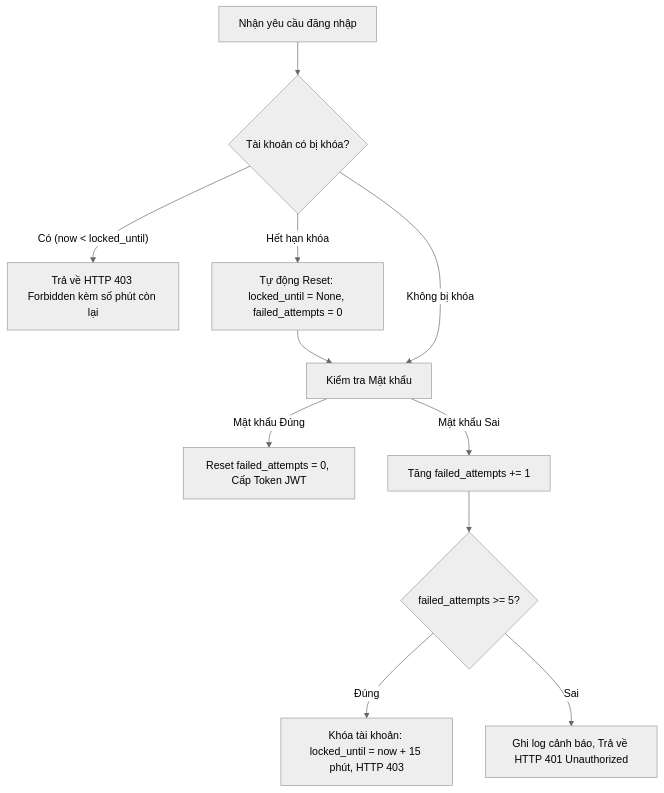
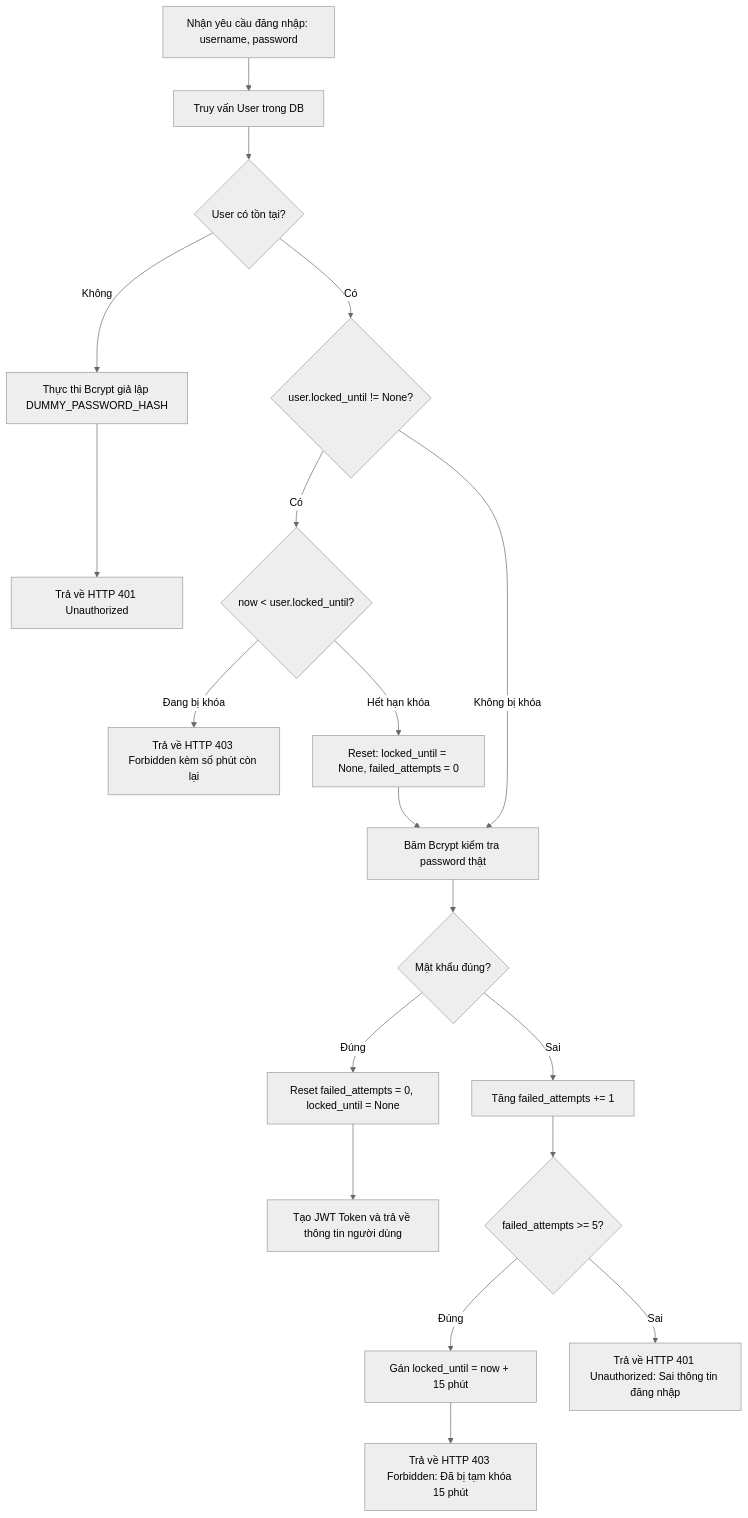
Before and after one commit to Johnyyd/ATMMT: the diagram in chapter_content/Chuong2_ChinhSachMatKhauVaPhongThu.md, drawn with Mermaid (neutral theme). The commit also changed other lines of this file and 6 other files, not shown here.

````diff
--- a/chapter_content/Chuong2_ChinhSachMatKhauVaPhongThu.md
+++ b/chapter_content/Chuong2_ChinhSachMatKhauVaPhongThu.md
@@ -62,13 +88,27 @@
 ```mermaid
 flowchart TD
-    A[Nhận yêu cầu đăng nhập] --> B{Tài khoản có bị khóa?}
-    B -- Có (now < locked_until) --> C[Trả về HTTP 403 Forbidden kèm số phút còn lại]
-    B -- Hết hạn khóa --> D[Tự động Reset: locked_until = None, failed_attempts = 0]
-    D --> E[Kiểm tra Mật khẩu]
-    B -- Không bị khóa --> E
-    E -- Mật khẩu Đúng --> F[Reset failed_attempts = 0, Cấp Token JWT]
-    E -- Mật khẩu Sai --> G[Tăng failed_attempts += 1]
-    G --> H{failed_attempts >= 5?}
-    H -- Đúng --> I[Khóa tài khoản: locked_until = now + 15 phút, HTTP 403]
-    H -- Sai --> J[Ghi log cảnh báo, Trả về HTTP 401 Unauthorized]
+    Start[Nhận yêu cầu đăng nhập: username, password] --> QueryUser[Truy vấn User trong DB]
+    QueryUser --> CheckExist{User có tồn tại?}
+    
+    CheckExist -- Không --> TimingMitigation[Thực thi Bcrypt giả lập DUMMY_PASSWORD_HASH]
+    TimingMitigation --> Ret401_Anon[Trả về HTTP 401 Unauthorized]
+    
+    CheckExist -- Có --> CheckLock{user.locked_until != None?}
+    CheckLock -- Có --> CheckTime{now < user.locked_until?}
+    
+    CheckTime -- Đang bị khóa --> Ret403[Trả về HTTP 403 Forbidden kèm số phút còn lại]
+    CheckTime -- Hết hạn khóa --> ResetLock[Reset: locked_until = None, failed_attempts = 0]
+    
+    ResetLock --> VerifyPass
+    CheckLock -- Không bị khóa --> VerifyPass[Băm Bcrypt kiểm tra password thật]
+    
+    VerifyPass --> CheckMatch{Mật khẩu đúng?}
+    CheckMatch -- Đúng --> ResetCounter[Reset failed_attempts = 0, locked_until = None]
+    ResetCounter --> IssueToken[Tạo JWT Token và trả về thông tin người dùng]
+    
+    CheckMatch -- Sai --> IncAttempt[Tăng failed_attempts += 1]
+    IncAttempt --> CheckThreshold{failed_attempts >= 5?}
+    CheckThreshold -- Đúng --> LockAcc[Gán locked_until = now + 15 phút]
+    LockAcc --> Ret403_New[Trả về HTTP 403 Forbidden: Đã bị tạm khóa 15 phút]
+    CheckThreshold -- Sai --> Ret401[Trả về HTTP 401 Unauthorized: Sai thông tin đăng nhập]
 ```
````
